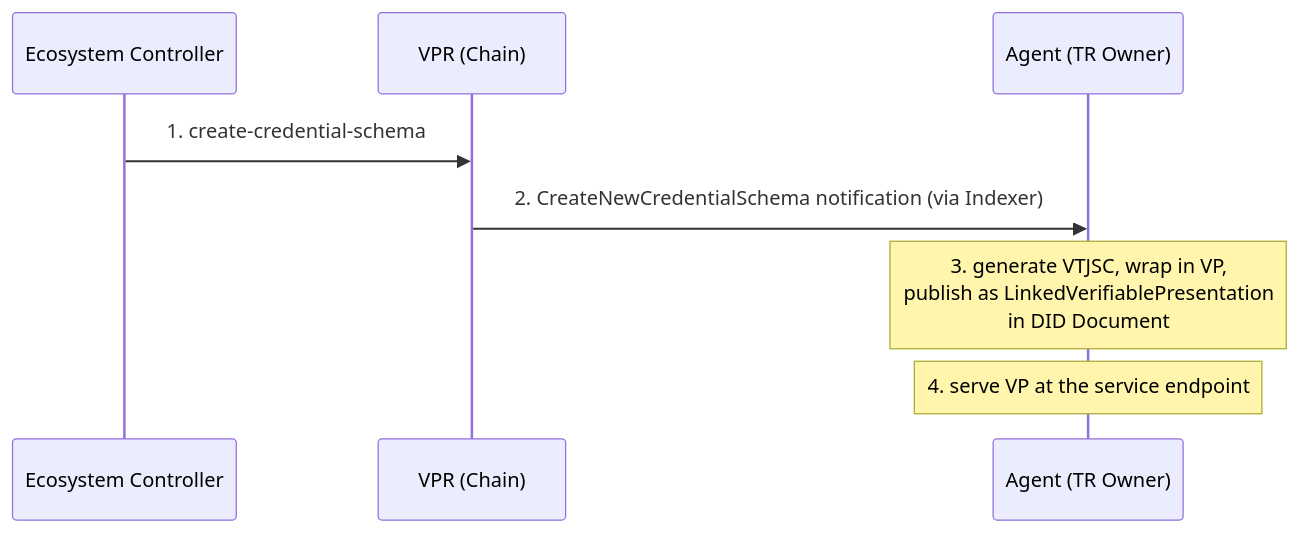
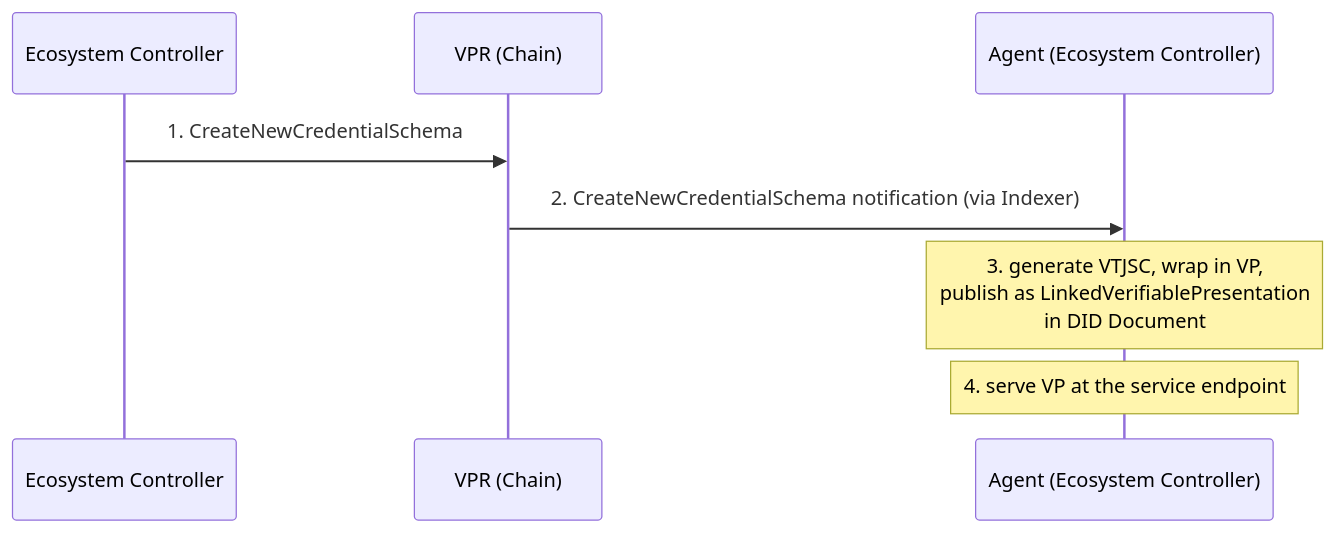
One commit to verana-labs/verana-spec changed the third of 10 diagrams in v4/vs-agent/spec.md. Above: the diagram before and after it, drawn with Mermaid. The commit also changed other lines of this file and 3 other files, not shown here.

````diff
--- a/v4/vs-agent/spec.md
+++ b/v4/vs-agent/spec.md
@@ -227,11 +259,11 @@
 ```mermaid
 sequenceDiagram
     participant EC as Ecosystem Controller
     participant VPR as VPR (Chain)
-    participant Agent as Agent (TR Owner)
+    participant Agent as Agent (Ecosystem Controller)
 
-    EC->>VPR: 1. create-credential-schema
+    EC->>VPR: 1. CreateNewCredentialSchema
     VPR->>Agent: 2. CreateNewCredentialSchema notification (via Indexer)
     Note over Agent: 3. generate VTJSC, wrap in VP,<br/>publish as LinkedVerifiablePresentation<br/>in DID Document
     Note over Agent: 4. serve VP at the service endpoint
 ```
````
